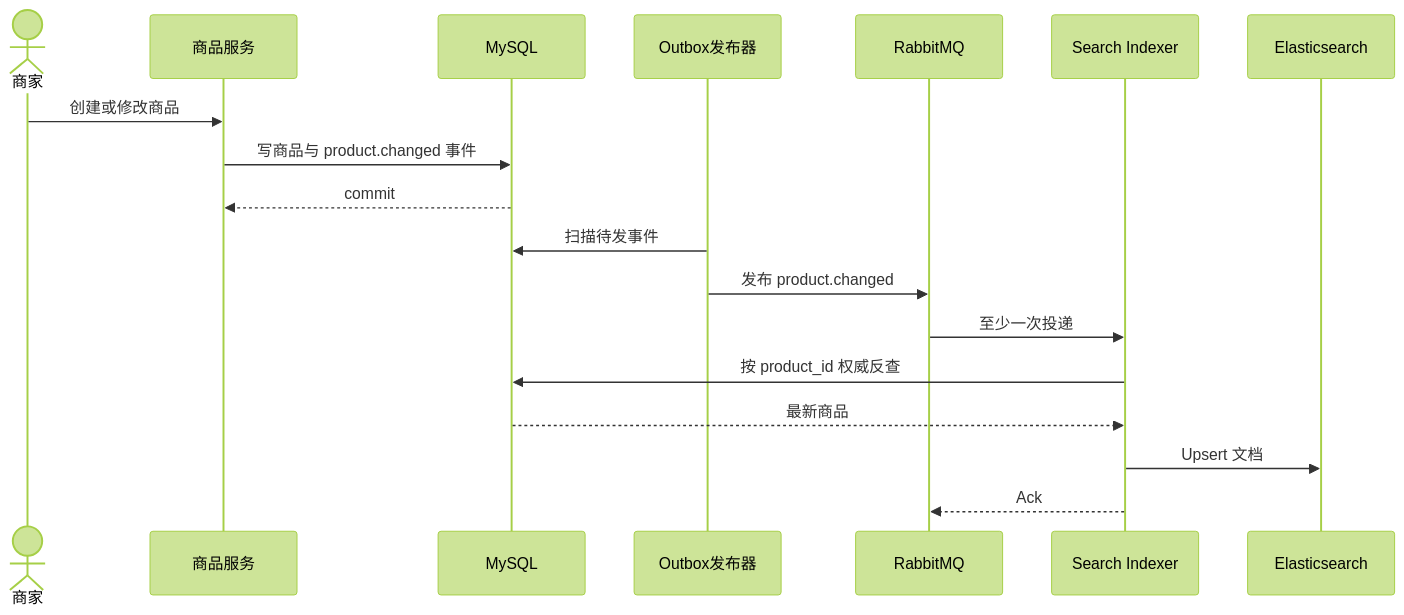
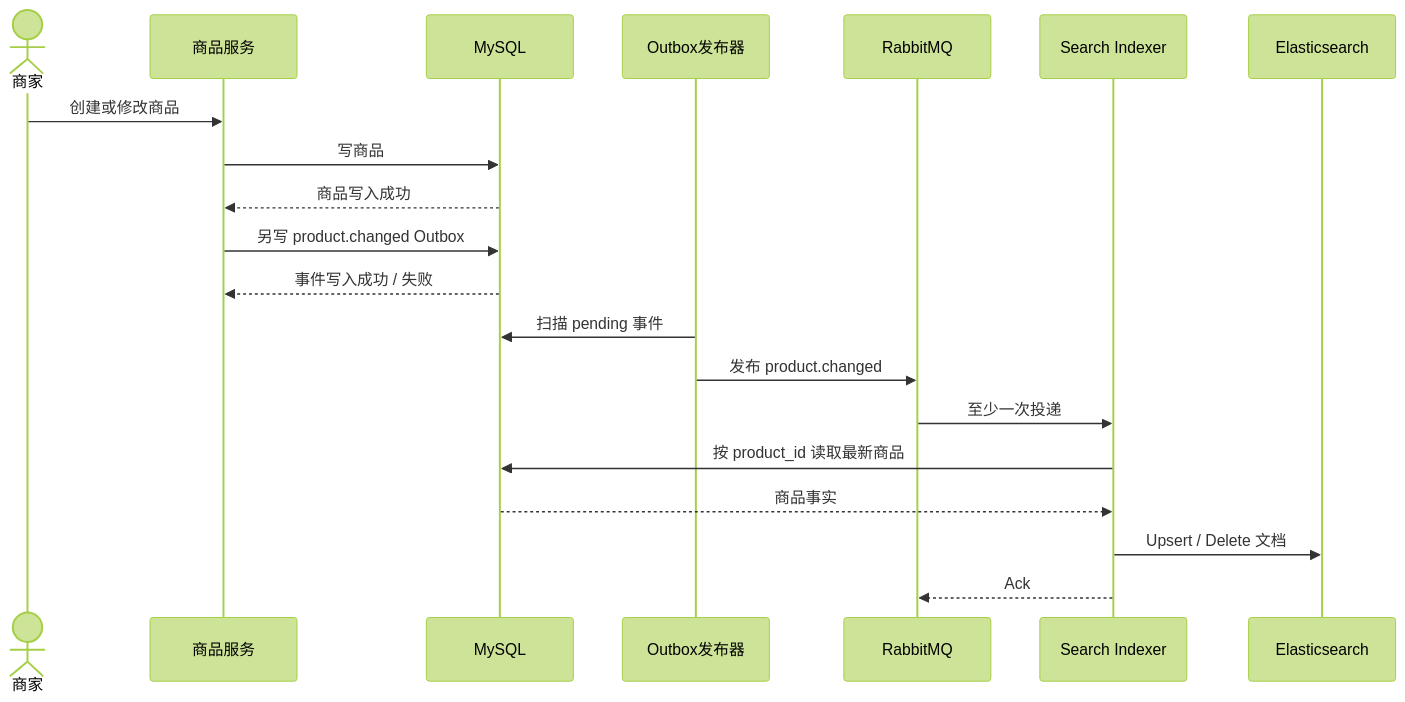
Before and after one commit to RedInn7/gomall: the second of 2 diagrams in docs/lecture/03-product-search.md, drawn with Mermaid (forest theme). The commit also changed other lines of this file and 3 other files, not shown here.

````diff
--- a/docs/lecture/03-product-search.md
+++ b/docs/lecture/03-product-search.md
@@ -119,20 +119,22 @@
 ```mermaid
 sequenceDiagram
     actor M as 商家
     participant P as 商品服务
     participant D as MySQL
     participant O as Outbox发布器
     participant Q as RabbitMQ
     participant I as Search Indexer
     participant E as Elasticsearch
     M->>P: 创建或修改商品
-    P->>D: 写商品与 product.changed 事件
-    D-->>P: commit
-    O->>D: 扫描待发事件
+    P->>D: 写商品
+    D-->>P: 商品写入成功
+    P->>D: 另写 product.changed Outbox
+    D-->>P: 事件写入成功 / 失败
+    O->>D: 扫描 pending 事件
     O->>Q: 发布 product.changed
     Q->>I: 至少一次投递
-    I->>D: 按 product_id 权威反查
-    D-->>I: 最新商品
-    I->>E: Upsert 文档
+    I->>D: 按 product_id 读取最新商品
+    D-->>I: 商品事实
+    I->>E: Upsert / Delete 文档
     I-->>Q: Ack
 ```
````
